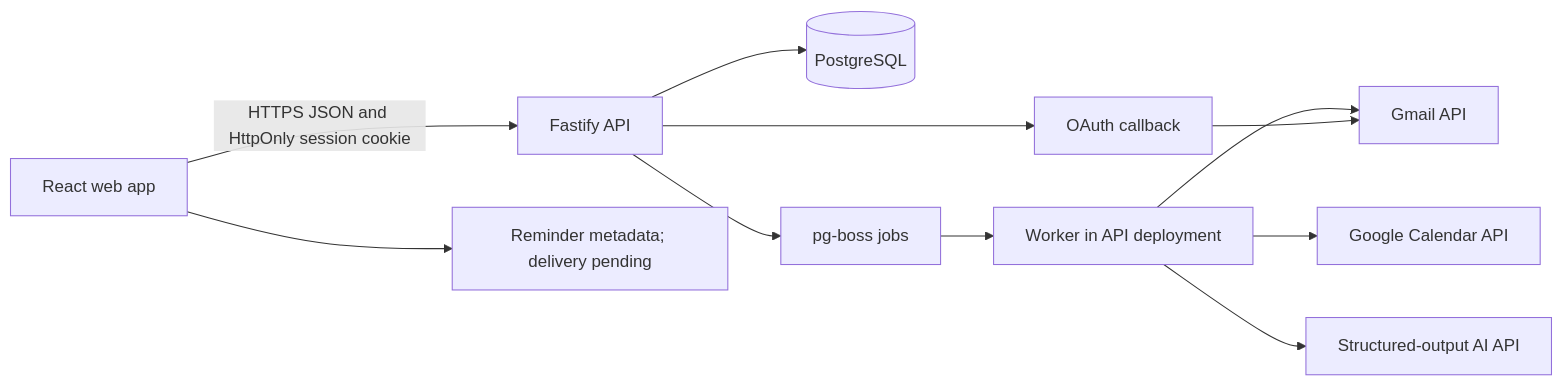
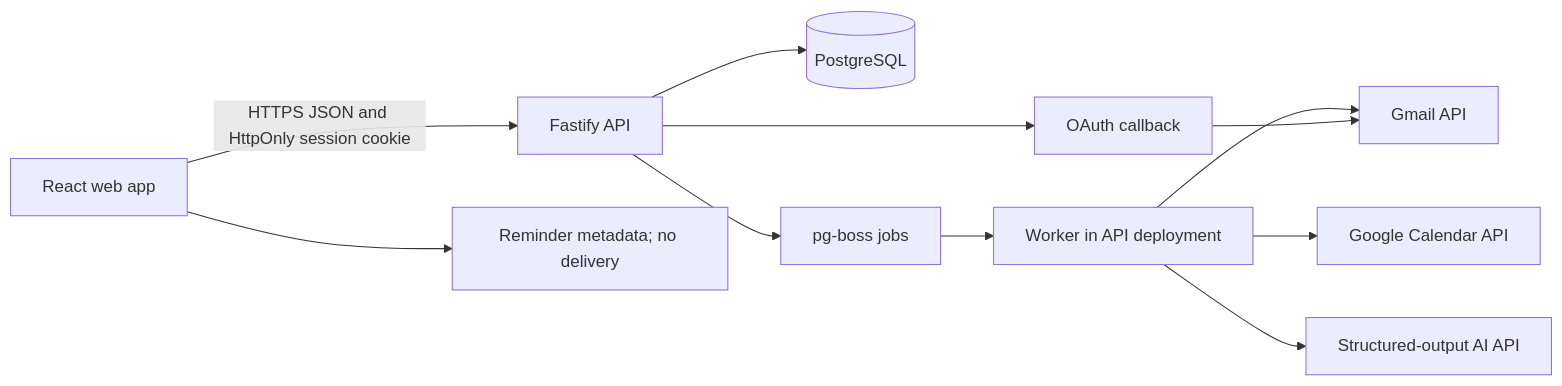
The first of 2 diagrams in EXECUTION_PLAN.md (kim-913/action-inbox-mscs2101), drawn with Mermaid before and after one commit. The commit also changed other lines of this file and 60 other files, not shown here.

````diff
--- a/EXECUTION_PLAN.md
+++ b/EXECUTION_PLAN.md
@@ -145,13 +147,13 @@
 ```mermaid
 flowchart LR
     U[React web app] -->|HTTPS JSON and HttpOnly session cookie| A[Fastify API]
     A --> DB[(PostgreSQL)]
     A --> Q[pg-boss jobs]
     Q --> W[Worker in API deployment]
     W --> G[Gmail API]
     W --> C[Google Calendar API]
     W --> L[Structured-output AI API]
     A --> N[OAuth callback]
     N --> G
-    U --> R[Reminder metadata; delivery pending]
+    U --> R[Reminder metadata; no delivery]
 ```
````
